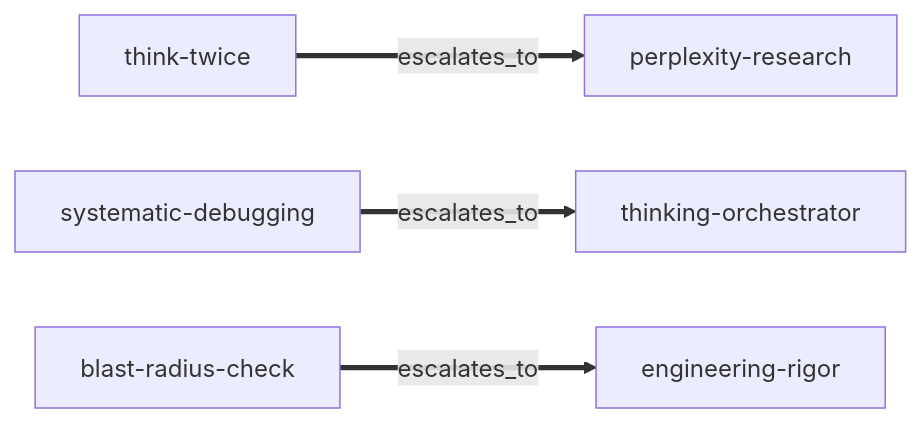
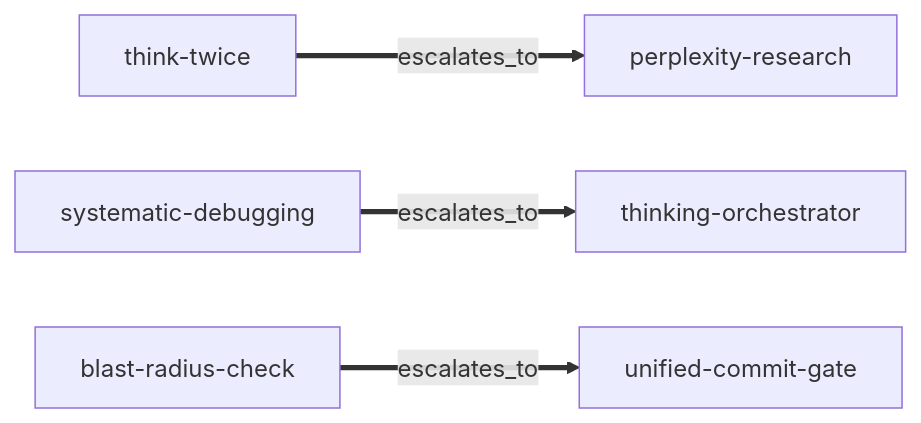
One commit to bordenet/superpowers-plus changed the sixth of 9 diagrams in docs/DESIGN.md. Above: the diagram before and after it, drawn with Mermaid. The commit also changed other lines of this file and 57 other files, not shown here.

````diff
--- a/docs/DESIGN.md
+++ b/docs/DESIGN.md
@@ -397,6 +389,6 @@
 ```mermaid
 flowchart LR
     TWT[think-twice] ==>|escalates_to| PR[perplexity-research]
     SD[systematic-debugging] ==>|escalates_to| TO[thinking-orchestrator]
-    BL[blast-radius-check] ==>|escalates_to| ER[engineering-rigor]
+    BL[blast-radius-check] ==>|escalates_to| UCG[unified-commit-gate]
 ```
````
